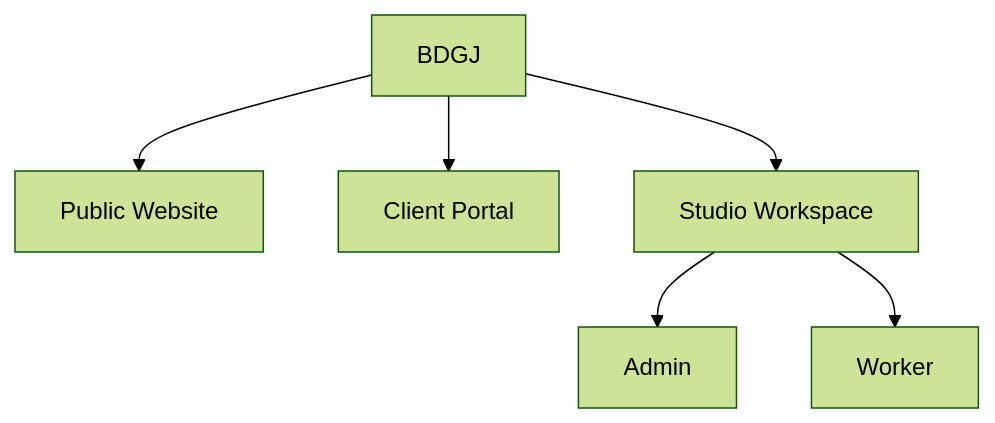
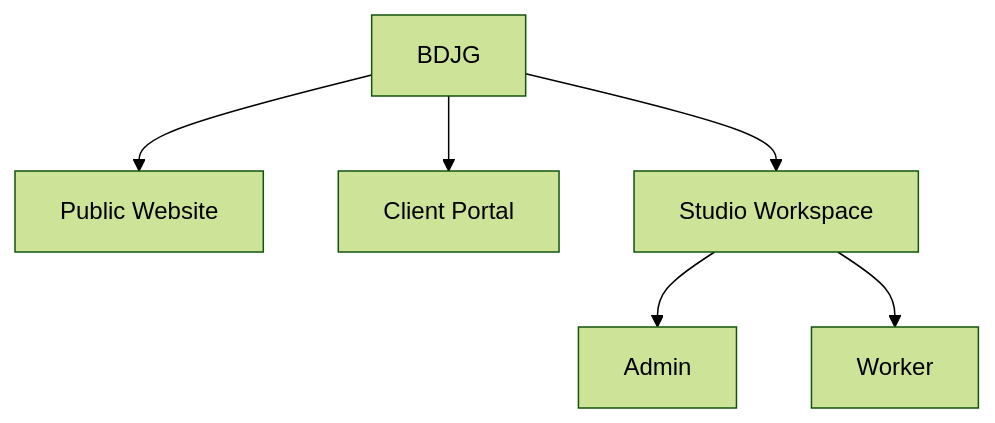
One commit to NanoKyuuun/BDJG changed the first of 7 diagrams in docs/blueprint.md. Above: the diagram before and after it, drawn with Mermaid (forest theme). The commit also changed other lines of this file, not shown here.

Commit message:
Refactor: rename BDGJ to BDJG

````diff
--- a/docs/blueprint.md
+++ b/docs/blueprint.md
@@ -21,8 +21,8 @@
 ```mermaid
 flowchart TD
-    A[BDGJ] --> B[Public Website]
+    A[BDJG] --> B[Public Website]
     A --> C[Client Portal]
     A --> D[Studio Workspace]
     D --> E[Admin]
     D --> F[Worker]
 ```
````
